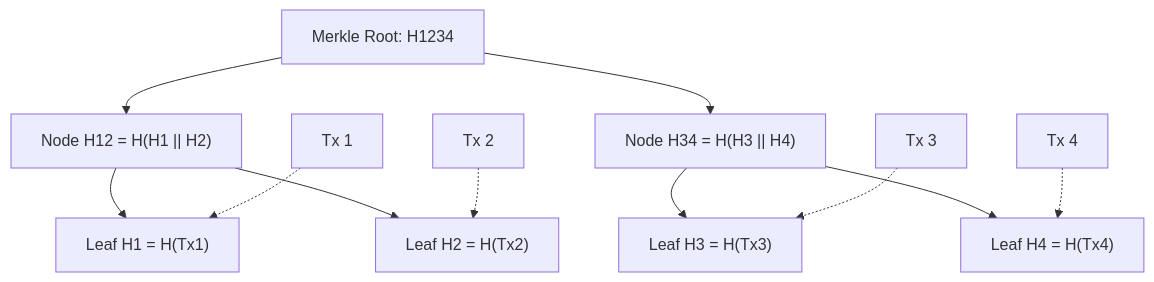
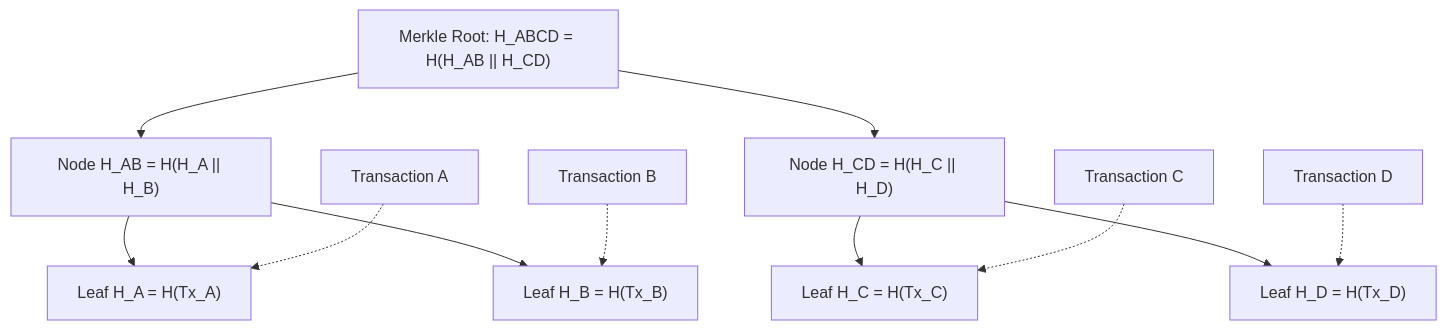
Before and after one commit to ub-society/modules: the third of 6 diagrams in docs/learn/fundamentals/01-distributed-trust/02-cryptographic-hash-functions-and-merkle-trees.md, drawn with Mermaid. The commit also changed other lines of this file and 3 other files, not shown here.

````diff
--- a/docs/learn/fundamentals/01-distributed-trust/02-cryptographic-hash-functions-and-merkle-trees.md
+++ b/docs/learn/fundamentals/01-distributed-trust/02-cryptographic-hash-functions-and-merkle-trees.md
@@ -83,22 +158,22 @@
 ```mermaid
 flowchart TD
-    Root["Merkle Root: H1234"]
-    H12["Node H12 = H(H1 || H2)"]
-    H34["Node H34 = H(H3 || H4)"]
-    H1["Leaf H1 = H(Tx1)"]
-    H2["Leaf H2 = H(Tx2)"]
-    H3["Leaf H3 = H(Tx3)"]
-    H4["Leaf H4 = H(Tx4)"]
+    Root["Merkle Root: H_ABCD = H(H_AB || H_CD)"]
+    HAB["Node H_AB = H(H_A || H_B)"]
+    HCD["Node H_CD = H(H_C || H_D)"]
+    HA["Leaf H_A = H(Tx_A)"]
+    HB["Leaf H_B = H(Tx_B)"]
+    HC["Leaf H_C = H(Tx_C)"]
+    HD["Leaf H_D = H(Tx_D)"]
 
-    Root --> H12
-    Root --> H34
-    H12 --> H1
-    H12 --> H2
-    H34 --> H3
-    H34 --> H4
+    Root --> HAB
+    Root --> HCD
+    HAB --> HA
+    HAB --> HB
+    HCD --> HC
+    HCD --> HD
 
-    Tx1[Tx 1] -.-> H1
-    Tx2[Tx 2] -.-> H2
-    Tx3[Tx 3] -.-> H3
-    Tx4[Tx 4] -.-> H4
+    TxA["Transaction A"] -.-> HA
+    TxB["Transaction B"] -.-> HB
+    TxC["Transaction C"] -.-> HC
+    TxD["Transaction D"] -.-> HD
 ```
````
